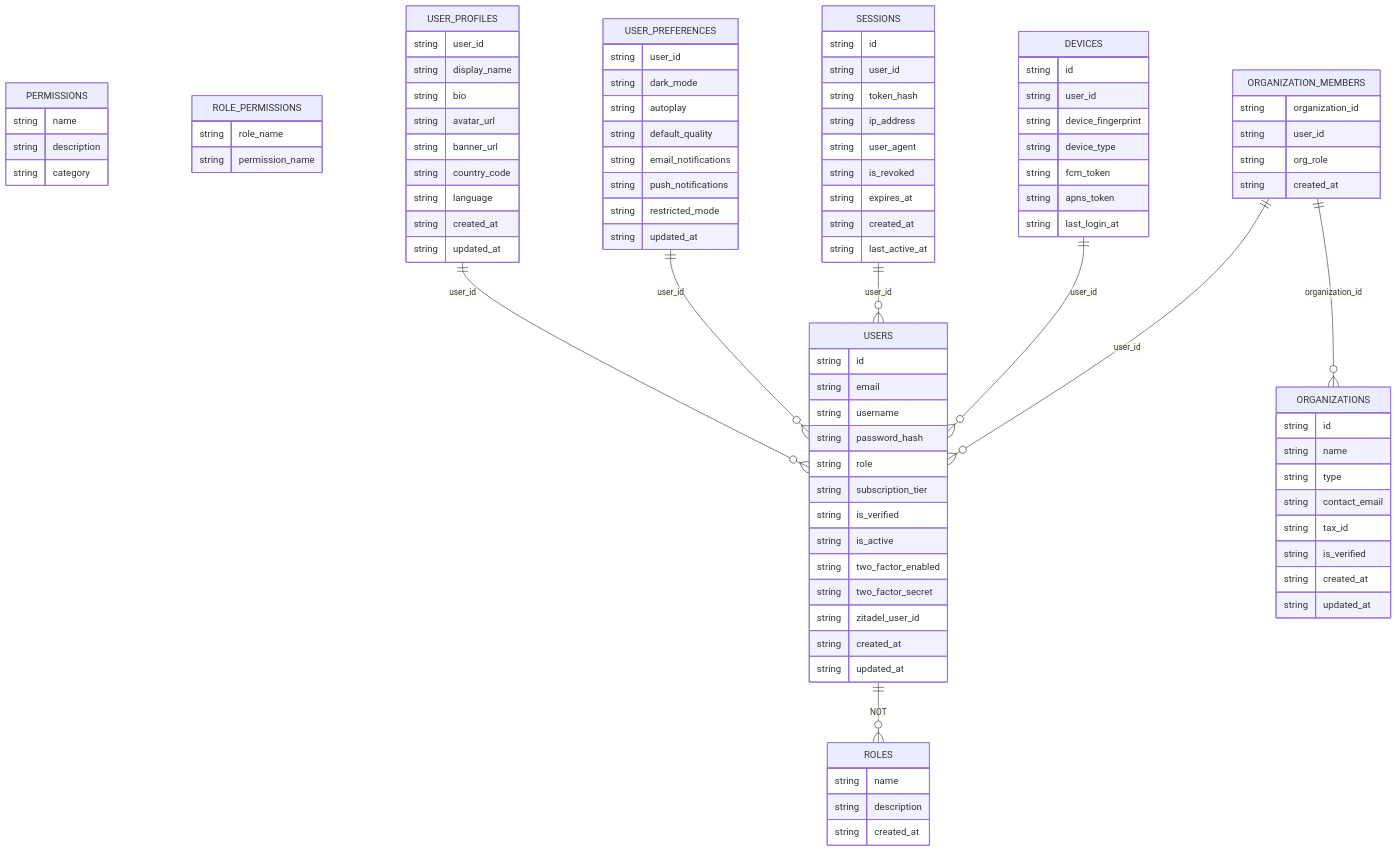
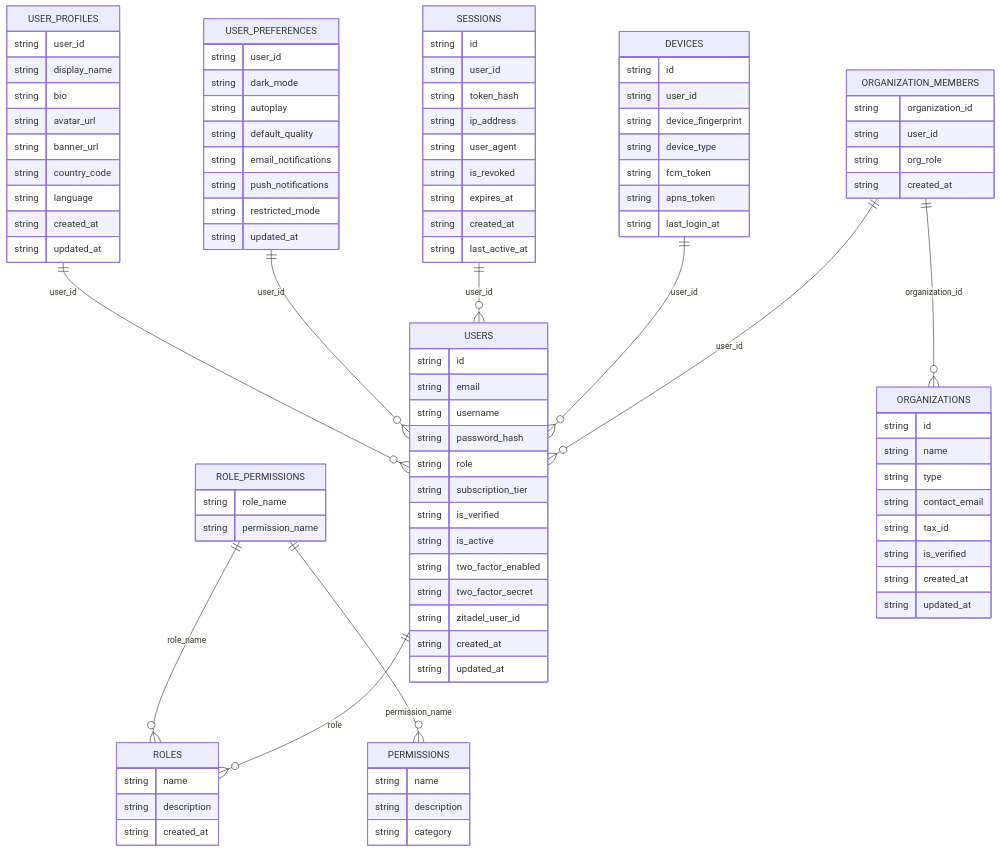
Before and after one commit to dnjstjqppk-dev/video: the diagram in docs/architecture/erd/00001_create_accounts.md, drawn with Mermaid. The commit also changed other lines of this file and 34 other files, not shown here.

```diff
--- a/docs/architecture/erd/00001_create_accounts.md
+++ b/docs/architecture/erd/00001_create_accounts.md
@@ -107,7 +107,9 @@
     string org_role
     string created_at
   }
-  USERS ||--o{ ROLES : "NOT"
+  ROLE_PERMISSIONS ||--o{ ROLES : "role_name"
+  ROLE_PERMISSIONS ||--o{ PERMISSIONS : "permission_name"
+  USERS ||--o{ ROLES : "role"
   USER_PROFILES ||--o{ USERS : "user_id"
   USER_PREFERENCES ||--o{ USERS : "user_id"
   SESSIONS ||--o{ USERS : "user_id"
```
